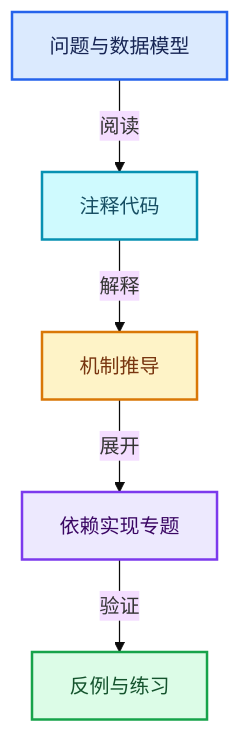
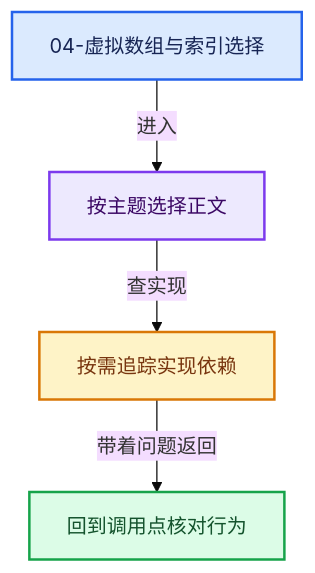
One commit to yunkezengren/blender-.vscode changed the first of 2 diagrams in 杂/markdown/全面学习-codex/04-虚拟数组与索引选择/README.md. Above: the diagram before and after it, drawn with Mermaid (base theme). The commit also changed other lines of this file and 3731 other files, not shown here.

````diff
--- a/杂/markdown/全面学习-codex/04-虚拟数组与索引选择/README.md
+++ b/杂/markdown/全面学习-codex/04-虚拟数组与索引选择/README.md
@@ -27,18 +20,16 @@
 ```mermaid
 flowchart TB
-  A["问题与数据模型"]:::input
-  B["注释代码"]:::data
-  C["机制推导"]:::compute
-  D["依赖实现专题"]:::abstraction
-  E["反例与练习"]:::result
-  A -->|"阅读"| B
-  B -->|"解释"| C
-  C -->|"展开"| D
-  D -->|"验证"| E
+  E["04-虚拟数组与索引选择"]:::input
+  Q["按主题选择正文"]:::abstraction
+  S["按需追踪实现依赖"]:::compute
+  R["回到调用点核对行为"]:::result
+  E -->|"进入"| Q
+  Q -->|"查实现"| S
+  S -->|"带着问题返回"| R
   classDef input fill:#DBEAFE,stroke:#2563EB,color:#172554,stroke-width:2px;
   classDef data fill:#CFFAFE,stroke:#0891B2,color:#164E63,stroke-width:2px;
   classDef abstraction fill:#EDE9FE,stroke:#7C3AED,color:#3B0764,stroke-width:2px;
   classDef compute fill:#FEF3C7,stroke:#D97706,color:#78350F,stroke-width:2px;
   classDef result fill:#DCFCE7,stroke:#16A34A,color:#14532D,stroke-width:2px;
   classDef error fill:#FEE2E2,stroke:#DC2626,color:#7F1D1D,stroke-width:2px;
 ```
````
